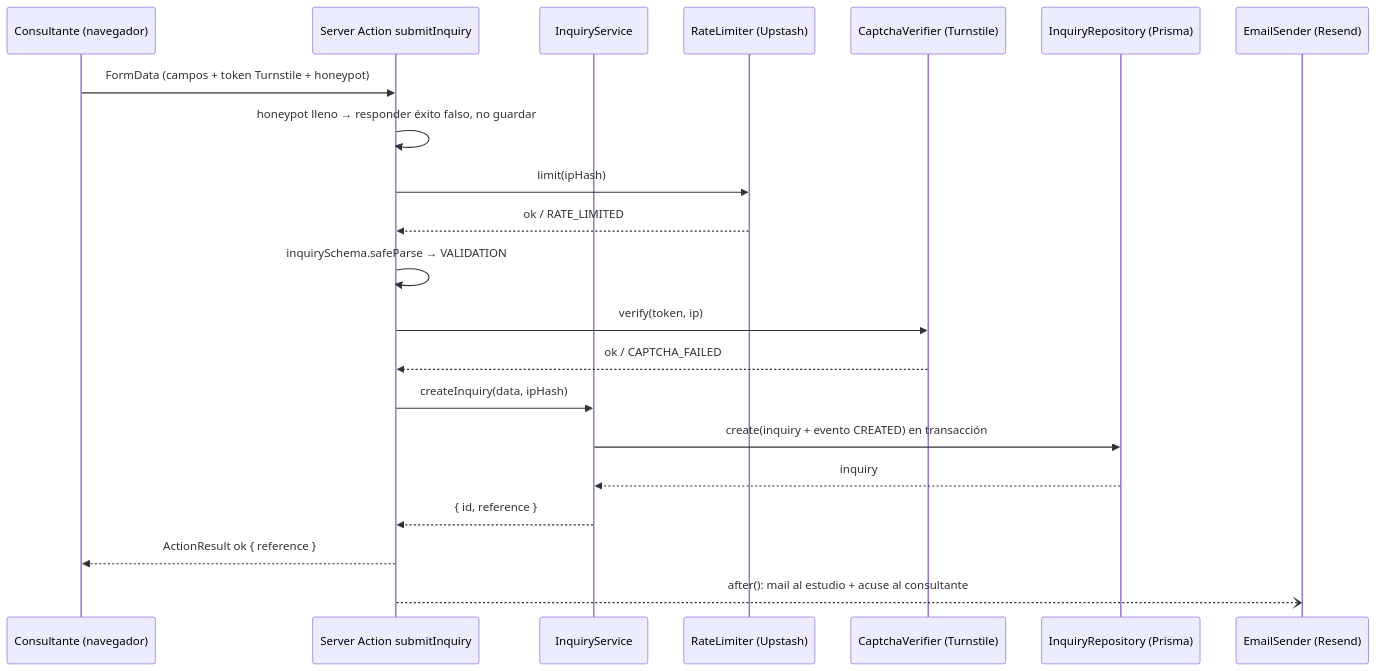
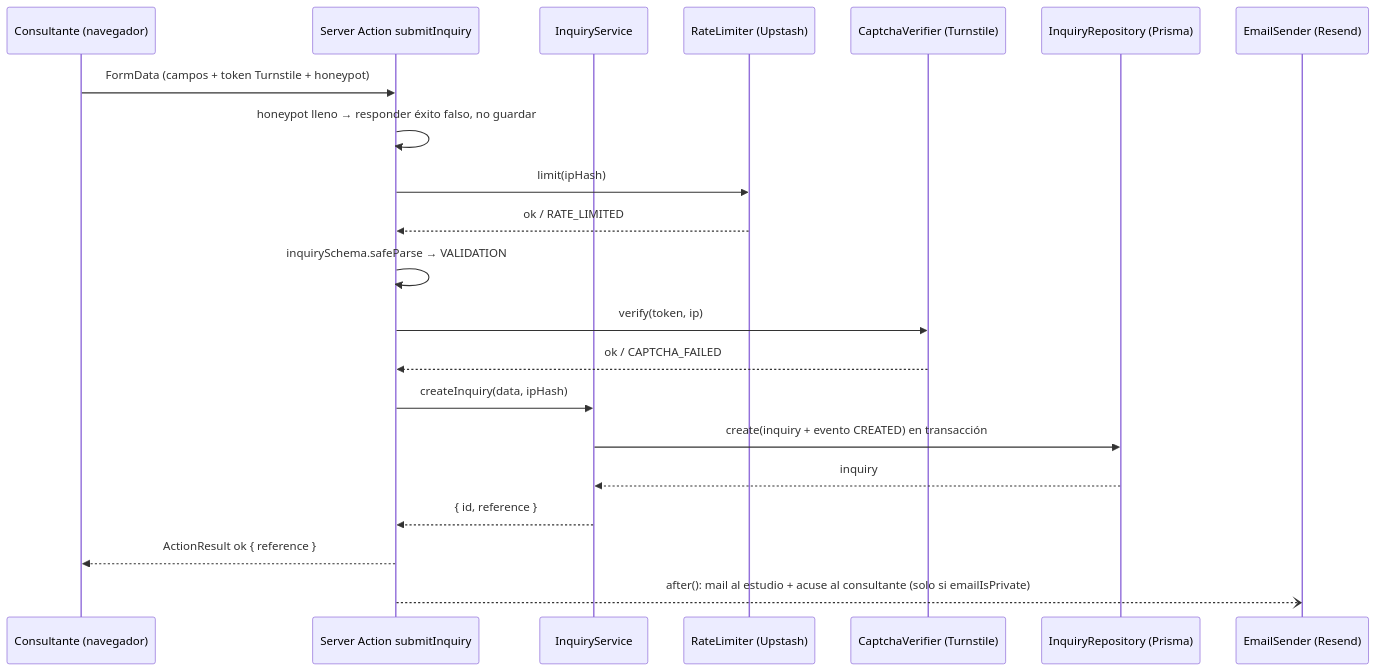
One commit to joaquinopall/estudio-familia-demo changed the diagram in docs/SPEC.md. Above: the diagram before and after it, drawn with Mermaid. The commit also changed other lines of this file and 6 other files, not shown here.

````diff
--- a/docs/SPEC.md
+++ b/docs/SPEC.md
@@ -232,23 +233,23 @@
 ```mermaid
 sequenceDiagram
   participant U as Consultante (navegador)
   participant A as Server Action submitInquiry
   participant S as InquiryService
   participant RL as RateLimiter (Upstash)
   participant C as CaptchaVerifier (Turnstile)
   participant R as InquiryRepository (Prisma)
   participant E as EmailSender (Resend)
   U->>A: FormData (campos + token Turnstile + honeypot)
   A->>A: honeypot lleno → responder éxito falso, no guardar
   A->>RL: limit(ipHash)
   RL-->>A: ok / RATE_LIMITED
   A->>A: inquirySchema.safeParse → VALIDATION
   A->>C: verify(token, ip)
   C-->>A: ok / CAPTCHA_FAILED
   A->>S: createInquiry(data, ipHash)
   S->>R: create(inquiry + evento CREATED) en transacción
   R-->>S: inquiry
   S-->>A: { id, reference }
   A-->>U: ActionResult ok { reference }
-  A--)E: after(): mail al estudio + acuse al consultante
+  A--)E: after(): mail al estudio + acuse al consultante (solo si emailIsPrivate)
 ```
````
